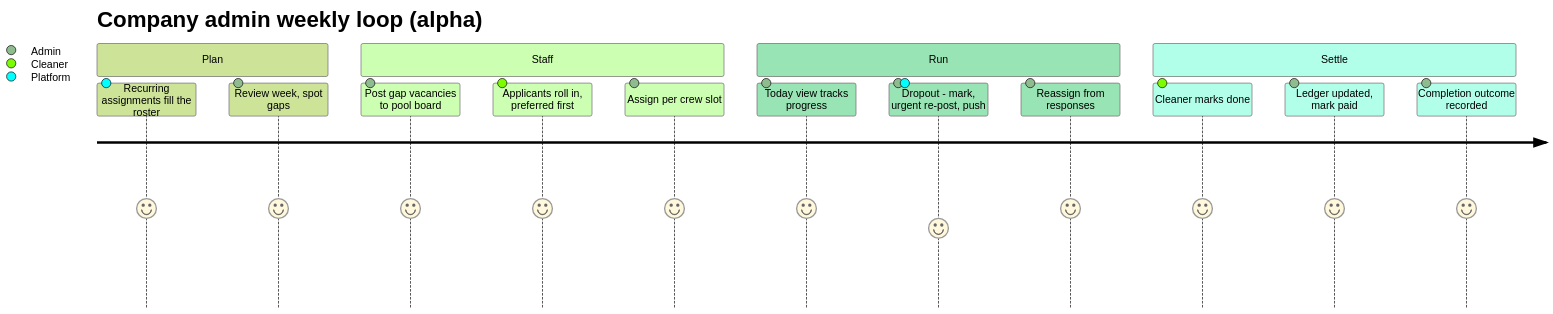
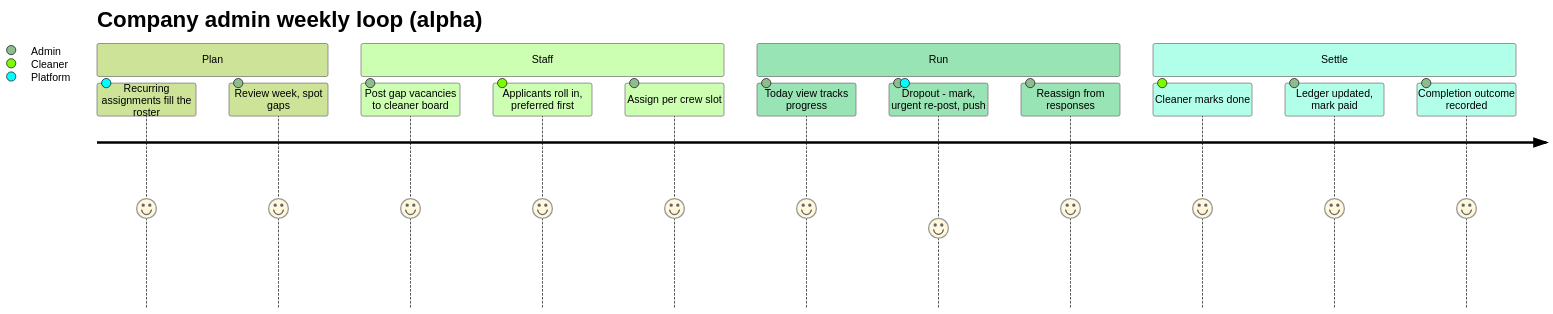
One commit to lspinheiro/clean_app_crm changed the first of 2 diagrams in docs/PRODUCT.md. Above: the diagram before and after it, drawn with Mermaid (forest theme). The commit also changed other lines of this file and 72 other files, not shown here.

````diff
--- a/docs/PRODUCT.md
+++ b/docs/PRODUCT.md
@@ -917,19 +919,19 @@
 ```mermaid
 journey
     title Company admin weekly loop (alpha)
     section Plan
       Recurring assignments fill the roster: 5: Platform
       Review week, spot gaps: 5: Admin
     section Staff
-      Post gap vacancies to pool board: 5: Admin
+      Post gap vacancies to cleaner board: 5: Admin
       Applicants roll in, preferred first: 5: Cleaner
       Assign per crew slot: 5: Admin
     section Run
       Today view tracks progress: 5: Admin
       Dropout - mark, urgent re-post, push: 4: Admin, Platform
       Reassign from responses: 5: Admin
     section Settle
       Cleaner marks done: 5: Cleaner
       Ledger updated, mark paid: 5: Admin
       Completion outcome recorded: 5: Admin
 ```
````
